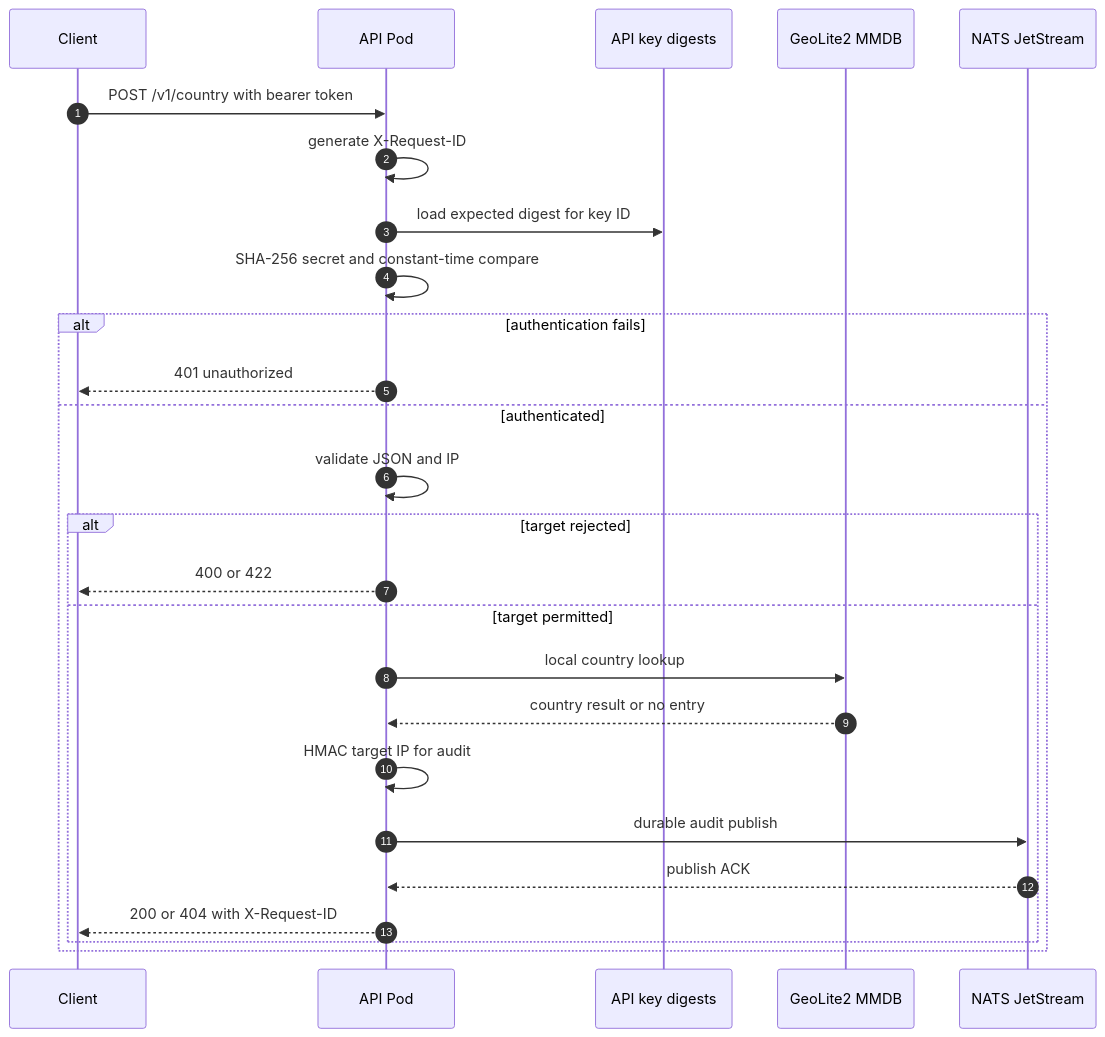
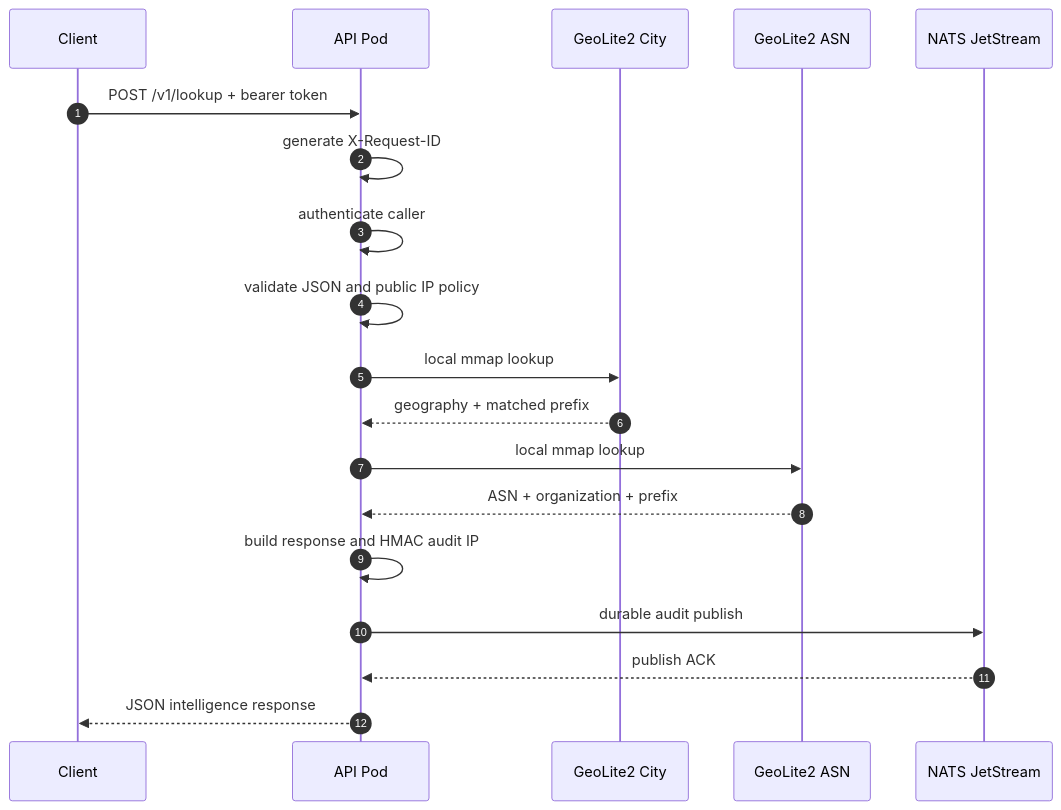
Before and after one commit to Jstarzz/geotagger: the fifth of 15 diagrams in docs/ARCHITECTURE.md, drawn with Mermaid. The commit also changed other lines of this file, not shown here.

Commit message:
docs: update architecture for City and ASN intelligence

````diff
--- a/docs/ARCHITECTURE.md
+++ b/docs/ARCHITECTURE.md
@@ -115,28 +128,22 @@
 ```mermaid
 sequenceDiagram
     autonumber
     participant C as Client
     participant A as API Pod
-    participant K as API key digests
-    participant M as GeoLite2 MMDB
+    participant CITY as GeoLite2 City
+    participant ASN as GeoLite2 ASN
     participant N as NATS JetStream
-    C->>A: POST /v1/country with bearer token
+
+    C->>A: POST /v1/lookup + bearer token
     A->>A: generate X-Request-ID
-    A->>K: load expected digest for key ID
-    A->>A: SHA-256 secret and constant-time compare
-    alt authentication fails
-        A-->>C: 401 unauthorized
-    else authenticated
-        A->>A: validate JSON and IP
-        alt target rejected
-            A-->>C: 400 or 422
-        else target permitted
-            A->>M: local country lookup
-            M-->>A: country result or no entry
-            A->>A: HMAC target IP for audit
-            A->>N: durable audit publish
-            N-->>A: publish ACK
-            A-->>C: 200 or 404 with X-Request-ID
-        end
-    end
+    A->>A: authenticate caller
+    A->>A: validate JSON and public IP policy
+    A->>CITY: local mmap lookup
+    CITY-->>A: geography + matched prefix
+    A->>ASN: local mmap lookup
+    ASN-->>A: ASN + organization + prefix
+    A->>A: build response and HMAC audit IP
+    A->>N: durable audit publish
+    N-->>A: publish ACK
+    A-->>C: JSON intelligence response
 ```
````
